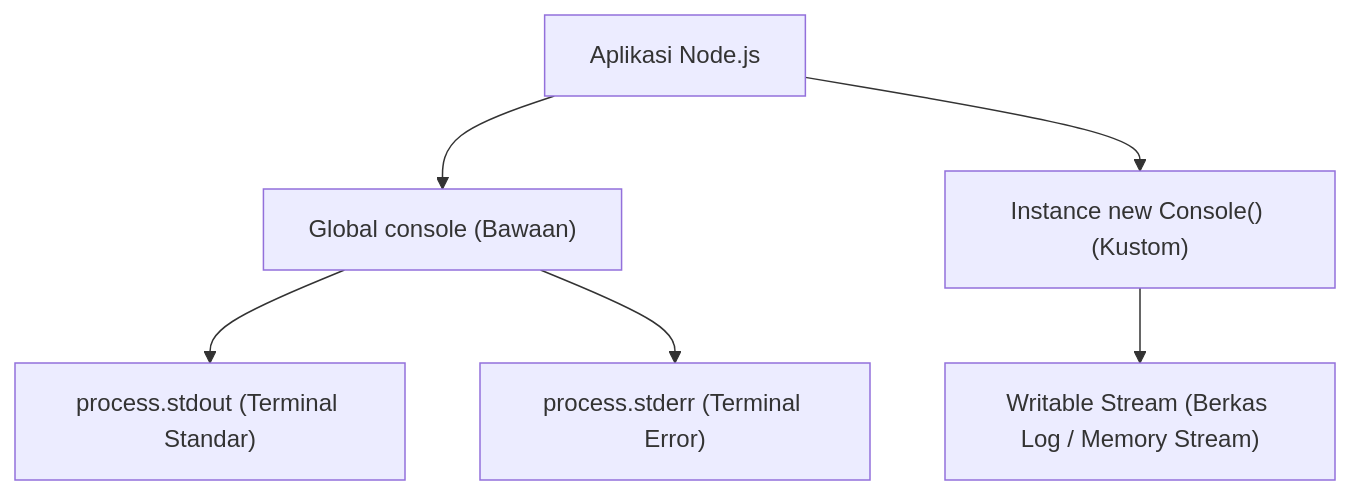
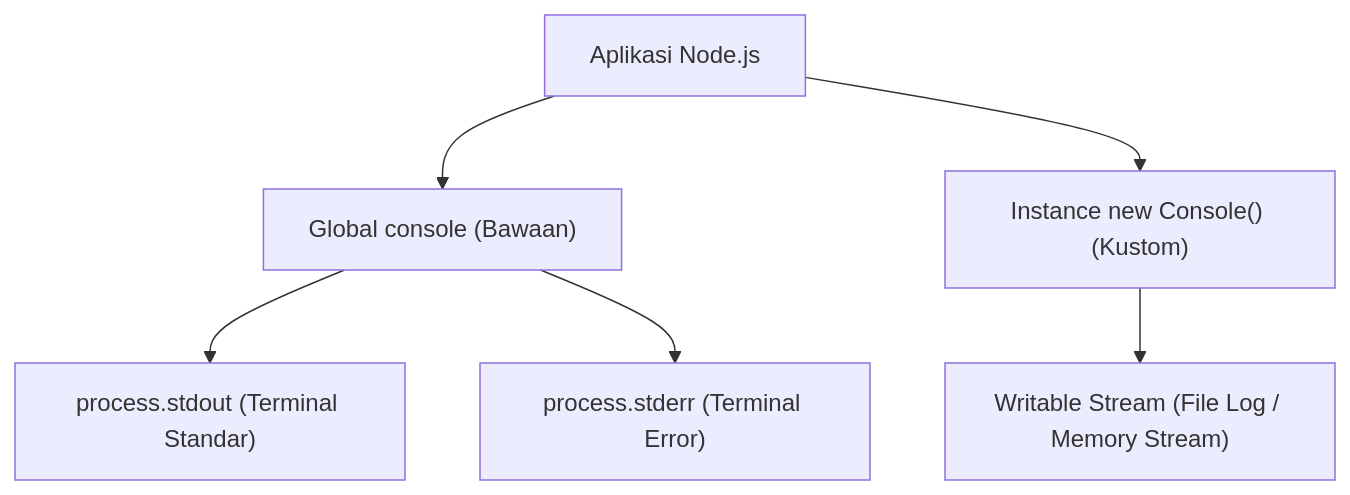
One commit to san4byte/nodejs-handbook changed the diagram in 01-core-modules/22-console/README.md. Above: the diagram before and after it, drawn with Mermaid. The commit also changed other lines of this file and 28 other files, not shown here.

````diff
--- a/01-core-modules/22-console/README.md
+++ b/01-core-modules/22-console/README.md
@@ -28,8 +29,8 @@
 ```mermaid
 flowchart TD
     APP["Aplikasi Node.js"] --> GLOBAL_LOG["Global console (Bawaan)"]
     APP --> CUSTOM_LOG["Instance new Console() (Kustom)"]
     GLOBAL_LOG --> STDOUT["process.stdout (Terminal Standar)"]
     GLOBAL_LOG --> STDERR["process.stderr (Terminal Error)"]
-    CUSTOM_LOG --> CUSTOM_STREAM["Writable Stream (Berkas Log / Memory Stream)"]
+    CUSTOM_LOG --> CUSTOM_STREAM["Writable Stream (File Log / Memory Stream)"]
 ```
````
